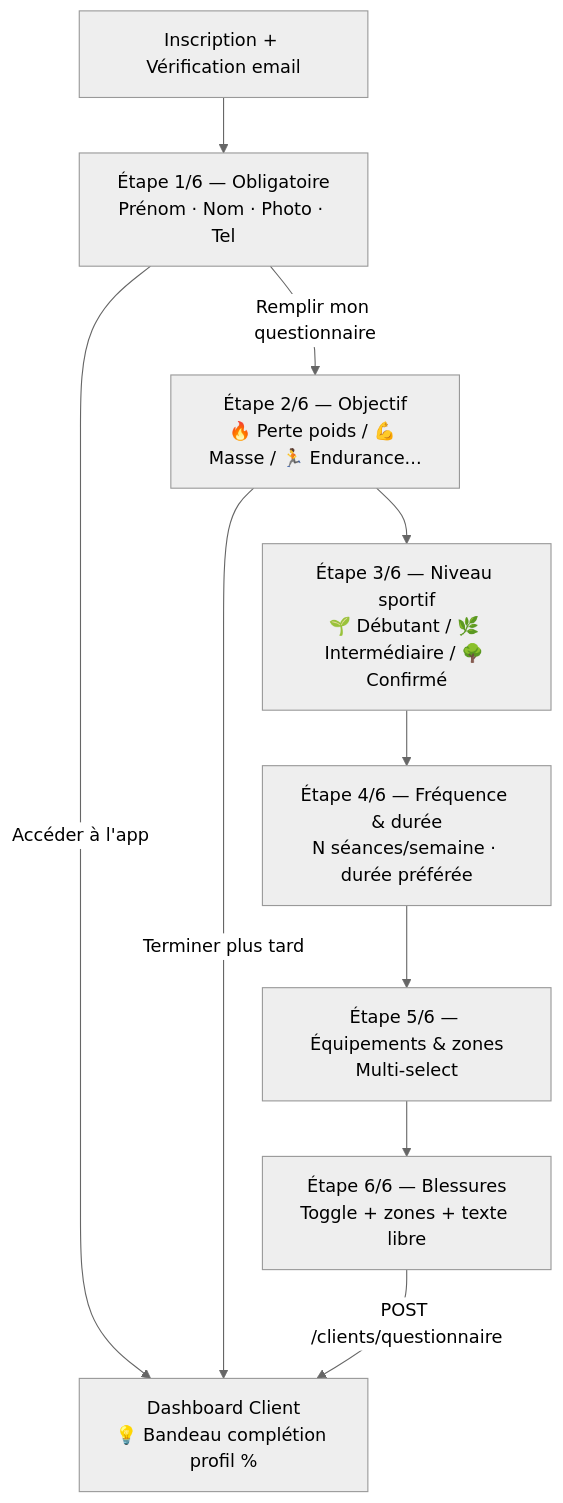
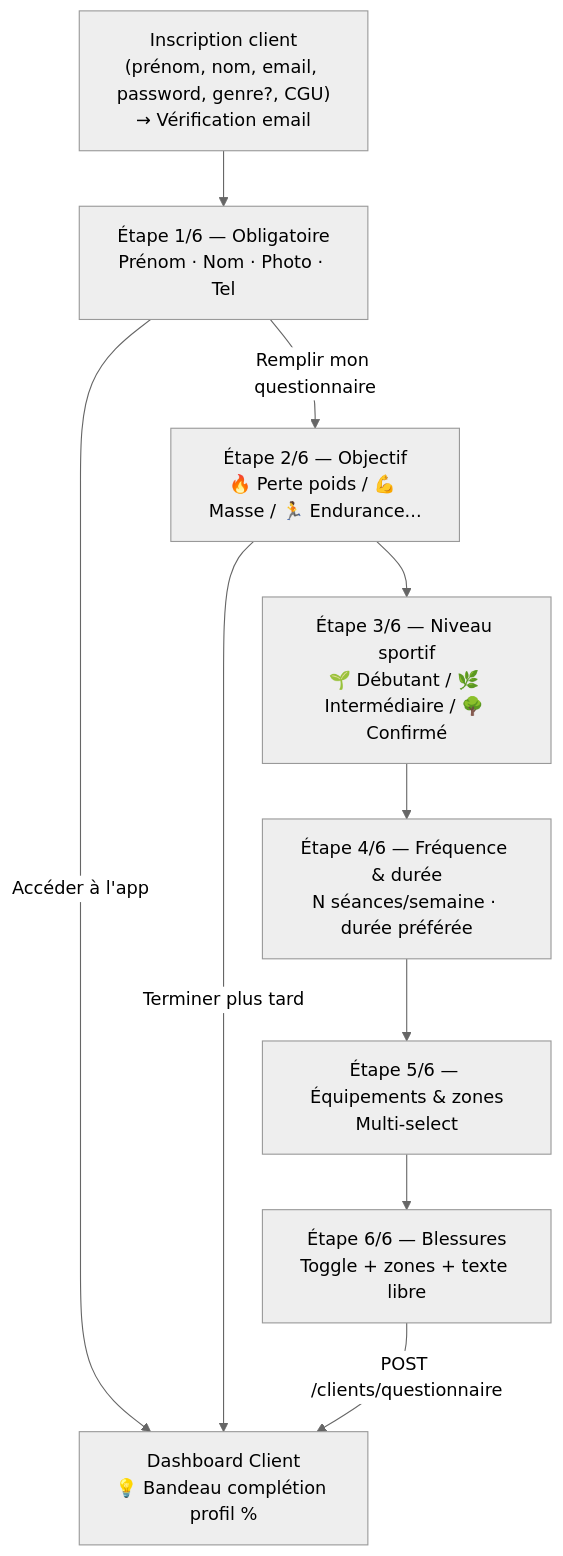
The fourth of 12 diagrams in docs/FLOWS_00_ARCHITECTURE.md (gaelgael5/mycoach), drawn with Mermaid (neutral theme) before and after one commit. The commit also changed other lines of this file and 2 other files, not shown here.

````diff
--- a/docs/FLOWS_00_ARCHITECTURE.md
+++ b/docs/FLOWS_00_ARCHITECTURE.md
@@ -107,17 +110,17 @@
 ```mermaid
 flowchart TD
-    REG[Inscription + Vérification email] --> E1
+    REG["Inscription client\n(prénom, nom, email, password, genre?, CGU)\n→ Vérification email"] --> E1
 
     E1["Étape 1/6 — Obligatoire\nPrénom · Nom · Photo · Tel"] -->|Accéder à l'app| DASH
     E1 -->|Remplir mon questionnaire| E2
 
     E2["Étape 2/6 — Objectif\n🔥 Perte poids / 💪 Masse / 🏃 Endurance..."] -->|Terminer plus tard| DASH
     E2 --> E3
 
     E3["Étape 3/6 — Niveau sportif\n🌱 Débutant / 🌿 Intermédiaire / 🌳 Confirmé"] --> E4
     E4["Étape 4/6 — Fréquence & durée\nN séances/semaine · durée préférée"] --> E5
     E5["Étape 5/6 — Équipements & zones\nMulti-select"] --> E6
     E6["Étape 6/6 — Blessures\nToggle + zones + texte libre"] -->|POST /clients/questionnaire| DASH
 
     DASH[Dashboard Client\n💡 Bandeau complétion profil %]
 ```
````
